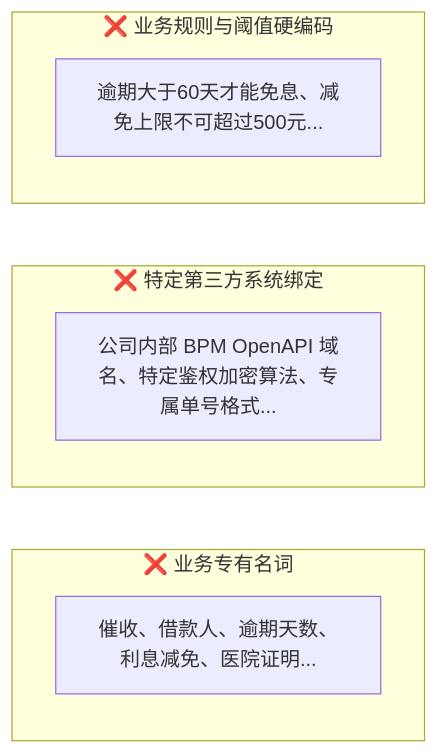
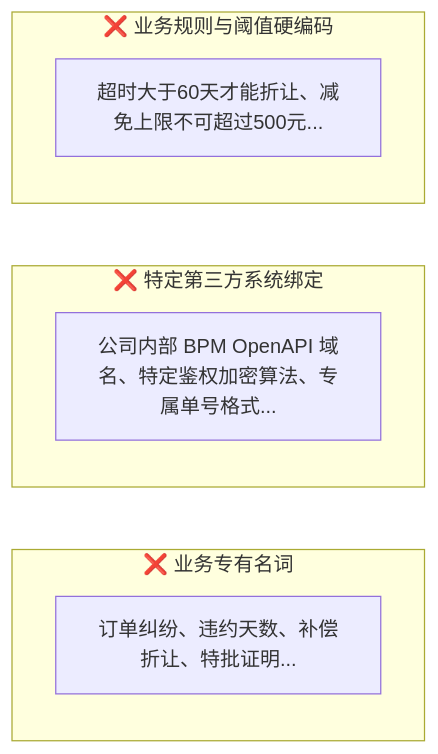
One commit to 1264585648/spring-ai-agentflow changed the first of 2 diagrams in docs/02-通用Agent骨架边界与设计哲学.md. Above: the diagram before and after it, drawn with Mermaid. The commit also changed other lines of this file and 31 other files, not shown here.

````diff
--- a/docs/02-通用Agent骨架边界与设计哲学.md
+++ b/docs/02-通用Agent骨架边界与设计哲学.md
@@ -27,14 +27,14 @@
 ```mermaid
 flowchart LR
     subgraph 红线一 ["❌ 业务专有名词"]
-        A["催收、借款人、逾期天数、利息减免、医院证明..."]
+        A["订单纠纷、违约天数、补偿折让、特批证明..."]
     end
 
     subgraph 红线二 ["❌ 特定第三方系统绑定"]
         B["公司内部 BPM OpenAPI 域名、特定鉴权加密算法、专属单号格式..."]
     end
 
     subgraph 红线三 ["❌ 业务规则与阈值硬编码"]
-        C["逾期大于60天才能免息、减免上限不可超过500元..."]
+        C["超时大于60天才能折让、减免上限不可超过500元..."]
     end
 ```
````
